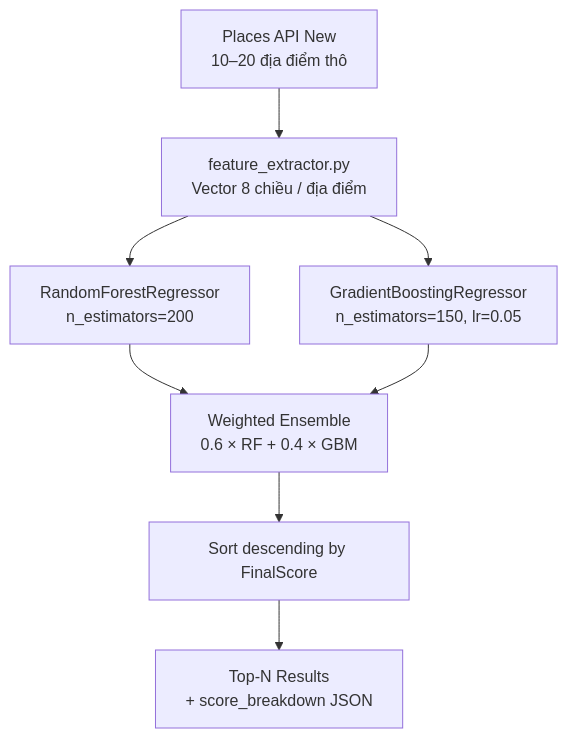
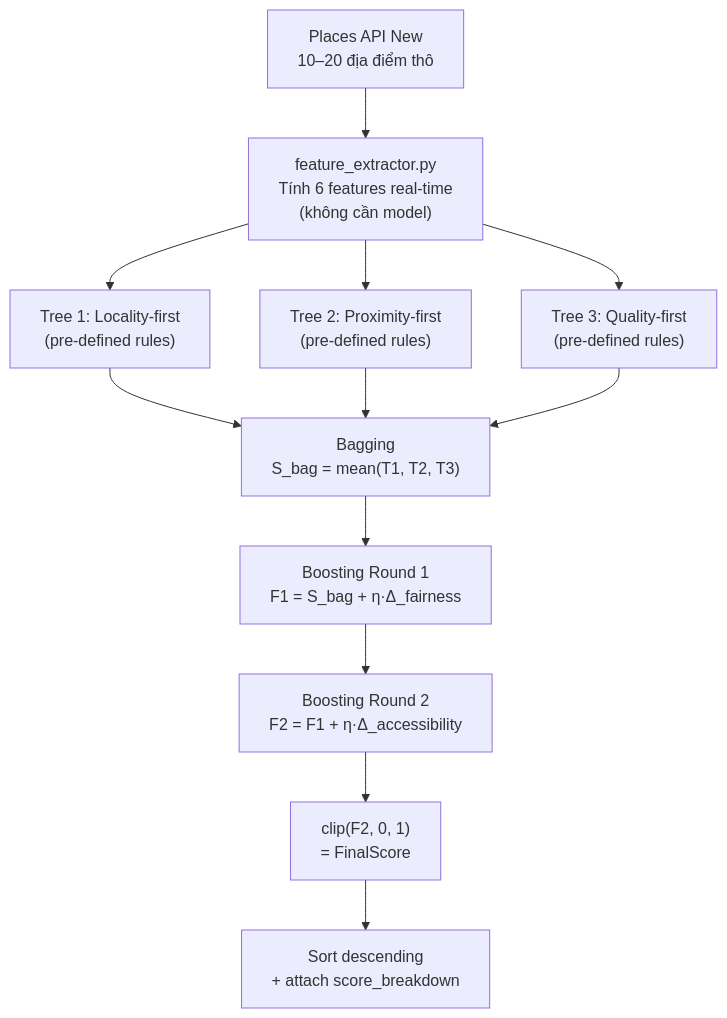
The seventh of 10 diagrams in docs/REQUIREMENTS.md (thanhnndev/citd-hk1-project), drawn with Mermaid before and after one commit. The commit also changed other lines of this file, not shown here.

````diff
--- a/docs/REQUIREMENTS.md
+++ b/docs/REQUIREMENTS.md
@@ -564,14 +680,18 @@
 ```mermaid
 flowchart TD
     A["Places API New\n10–20 địa điểm thô"]
-    B["feature_extractor.py\nVector 8 chiều / địa điểm"]
-    C1["RandomForestRegressor\nn_estimators=200"]
-    C2["GradientBoostingRegressor\nn_estimators=150, lr=0.05"]
-    D["Weighted Ensemble\n0.6 × RF + 0.4 × GBM"]
-    E["Sort descending by FinalScore"]
-    F["Top-N Results\n+ score_breakdown JSON"]
+    B["feature_extractor.py\nTính 6 features real-time\n(không cần model)"]
+    C1["Tree 1: Locality-first\n(pre-defined rules)"]
+    C2["Tree 2: Proximity-first\n(pre-defined rules)"]
+    C3["Tree 3: Quality-first\n(pre-defined rules)"]
+    D["Bagging\nS_bag = mean(T1, T2, T3)"]
+    E1["Boosting Round 1\nF1 = S_bag + η·Δ_fairness"]
+    E2["Boosting Round 2\nF2 = F1 + η·Δ_accessibility"]
+    F["clip(F2, 0, 1)\n= FinalScore"]
+    G["Sort descending\n+ attach score_breakdown"]
 
     A --> B
-    B --> C1 & C2
-    C1 & C2 --> D --> E --> F
+    B --> C1 & C2 & C3
+    C1 & C2 & C3 --> D
+    D --> E1 --> E2 --> F --> G
 ```
````
